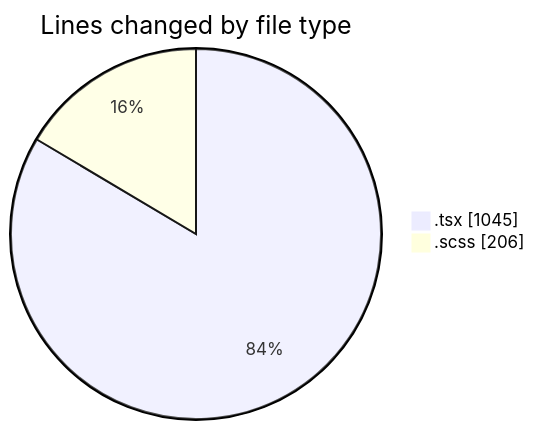
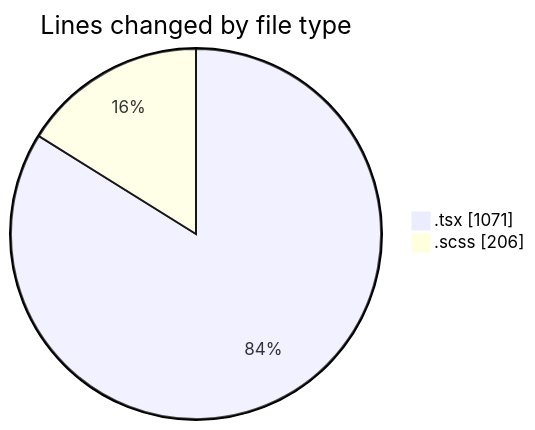
The first of 2 diagrams in 2026-04-23/cda/README.md (momahboobian/code-tracking), drawn with Mermaid before and after one commit. The commit also changed other lines of this file and 1 other file, not shown here.

````diff
--- a/2026-04-23/cda/README.md
+++ b/2026-04-23/cda/README.md
@@ -27,6 +27,6 @@
 ```mermaid
 pie showData
 title Lines changed by file type
-".tsx" : 1045
+".tsx" : 1071
 ".scss" : 206
 ```
````
